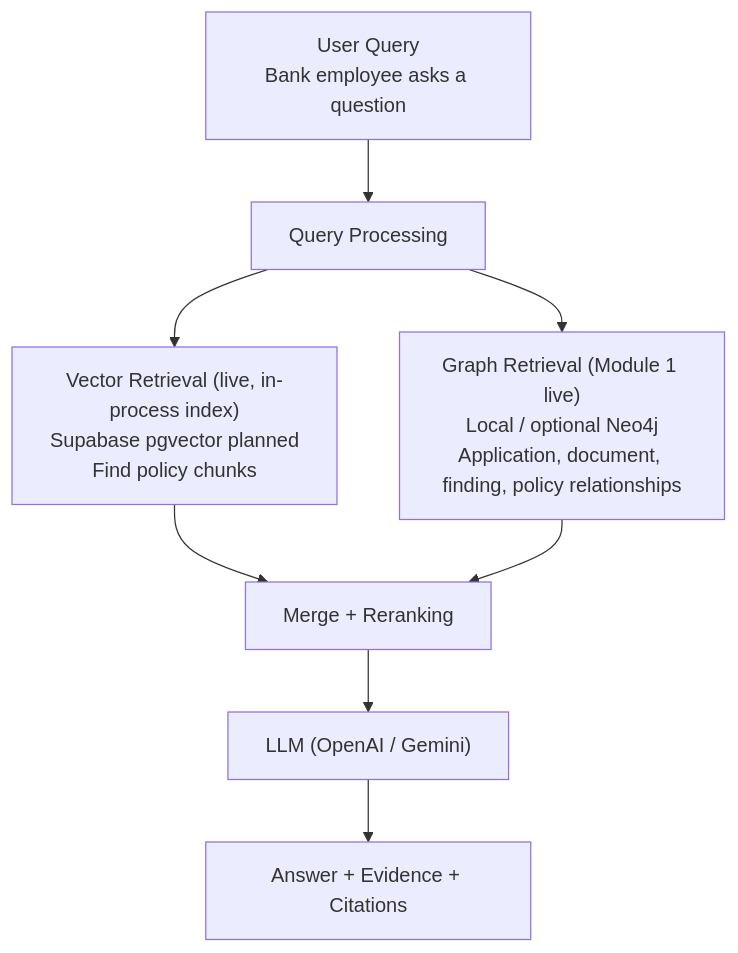
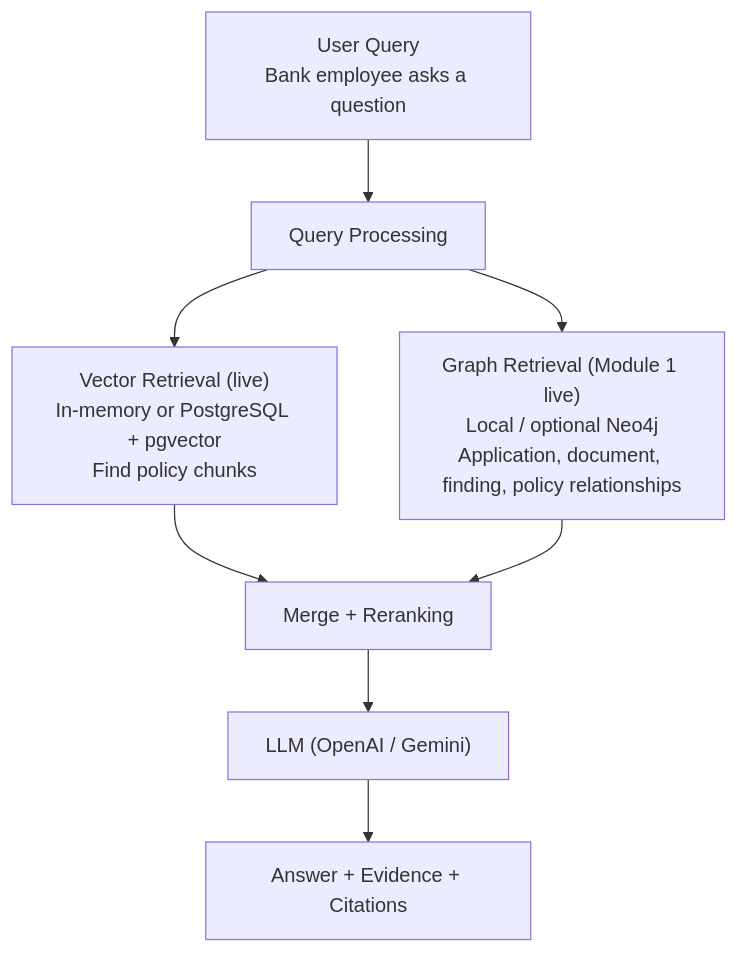
One commit to ydangishere/dev-projects changed the second of 2 diagrams in mms-ai-checker/README.md. Above: the diagram before and after it, drawn with Mermaid. The commit also changed other lines of this file and 37 other files, not shown here.

````diff
--- a/mms-ai-checker/README.md
+++ b/mms-ai-checker/README.md
@@ -167,10 +185,10 @@
 ```mermaid
 flowchart TB
     Q["User Query<br/>Bank employee asks a question"] --> P["Query Processing"]
-    P --> V["Vector Retrieval (live, in-process index)<br/>Supabase pgvector planned<br/>Find policy chunks"]
+    P --> V["Vector Retrieval (live)<br/>In-memory or PostgreSQL + pgvector<br/>Find policy chunks"]
     P --> G["Graph Retrieval (Module 1 live)<br/>Local / optional Neo4j<br/>Application, document, finding, policy relationships"]
     V --> M["Merge + Reranking"]
     G --> M
     M --> L["LLM (OpenAI / Gemini)"]
     L --> A["Answer + Evidence + Citations"]
 ```
````
